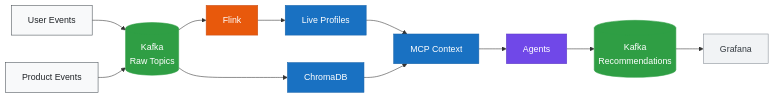
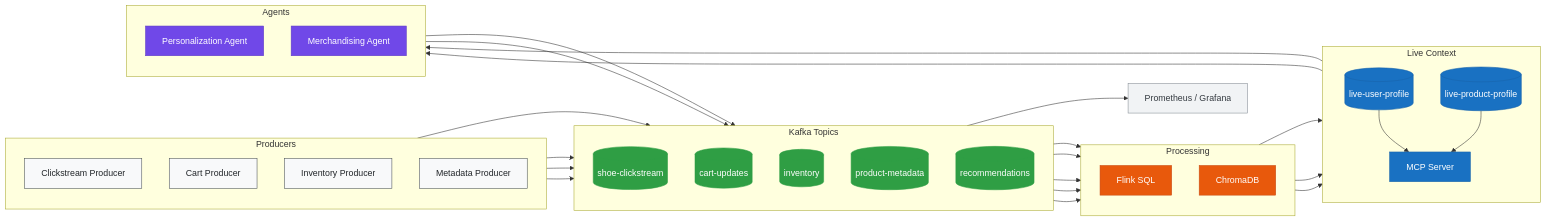
The diagram in README.md (AdvaitDarbare/realtime-personalization-engine), drawn with Mermaid before and after one commit.

Commit message:
Show concrete pipeline components in diagram

````diff
--- a/README.md
+++ b/README.md
@@ -34,38 +34,77 @@
 ```mermaid
 flowchart LR
-    user["User Events"]
-    product["Product Events"]
-    kafkaRaw[("Kafka\nRaw Topics")]
-    flink["Flink"]
-    profiles["Live Profiles"]
-    mcp["MCP Context"]
-    chroma["ChromaDB"]
-    agents["Agents"]
-    kafkaRec[("Kafka\nRecommendations")]
-    grafana["Grafana"]
+    subgraph producers["Producers"]
+        direction TB
+        clickProducer["Clickstream Producer"]
+        cartProducer["Cart Producer"]
+        inventoryProducer["Inventory Producer"]
+        metadataProducer["Metadata Producer"]
+    end
 
-    user --> kafkaRaw
-    product --> kafkaRaw
-    kafkaRaw --> flink
-    flink --> profiles
-    profiles --> mcp
-    kafkaRaw --> chroma
+    subgraph topics["Kafka Topics"]
+        direction TB
+        clickTopic[("shoe-clickstream")]
+        cartTopic[("cart-updates")]
+        inventoryTopic[("inventory")]
+        metadataTopic[("product-metadata")]
+        recTopic[("recommendations")]
+    end
+
+    subgraph processing["Processing"]
+        direction TB
+        flink["Flink SQL"]
+        chroma["ChromaDB"]
+    end
+
+    subgraph context["Live Context"]
+        direction TB
+        userProfile[("live-user-profile")]
+        productProfile[("live-product-profile")]
+        mcp["MCP Server"]
+    end
+
+    subgraph agents["Agents"]
+        direction TB
+        personalization["Personalization Agent"]
+        merchandising["Merchandising Agent"]
+    end
+
+    monitoring["Prometheus / Grafana"]
+
+    clickProducer --> clickTopic
+    cartProducer --> cartTopic
+    inventoryProducer --> inventoryTopic
+    metadataProducer --> metadataTopic
+
+    clickTopic --> flink
+    cartTopic --> flink
+    inventoryTopic --> flink
+    metadataTopic --> flink
+    metadataTopic --> chroma
+
+    flink --> userProfile
+    flink --> productProfile
+    userProfile --> mcp
+    productProfile --> mcp
     chroma --> mcp
-    mcp --> agents
-    agents --> kafkaRec
-    kafkaRec --> grafana
 
-    classDef source fill:#f8f9fa,stroke:#495057,color:#212529
+    mcp --> personalization
+    mcp --> merchandising
+    personalization --> recTopic
+    merchandising --> recTopic
+    recTopic --> monitoring
+
+    classDef producer fill:#f8f9fa,stroke:#495057,color:#212529
     classDef kafka fill:#2f9e44,stroke:#2f9e44,color:#fff
     classDef process fill:#e8590c,stroke:#c94e16,color:#fff
     classDef context fill:#1971c2,stroke:#1864ab,color:#fff
     classDef agent fill:#7048e8,stroke:#5f3dc4,color:#fff
     classDef monitor fill:#f1f3f5,stroke:#868e96,color:#343a40
 
-    class user,product source
-    class kafkaRaw,kafkaRec kafka
-    class flink process
-    class profiles,mcp,chroma context
-    class agents agent
-    class grafana monitor
+    class clickProducer,cartProducer,inventoryProducer,metadataProducer producer
+    class clickTopic,cartTopic,inventoryTopic,metadataTopic,recTopic kafka
+    class flink,chroma process
+    class userProfile,productProfile,mcp context
+    class personalization,merchandising agent
+    class monitoring monitor
 ```
````
